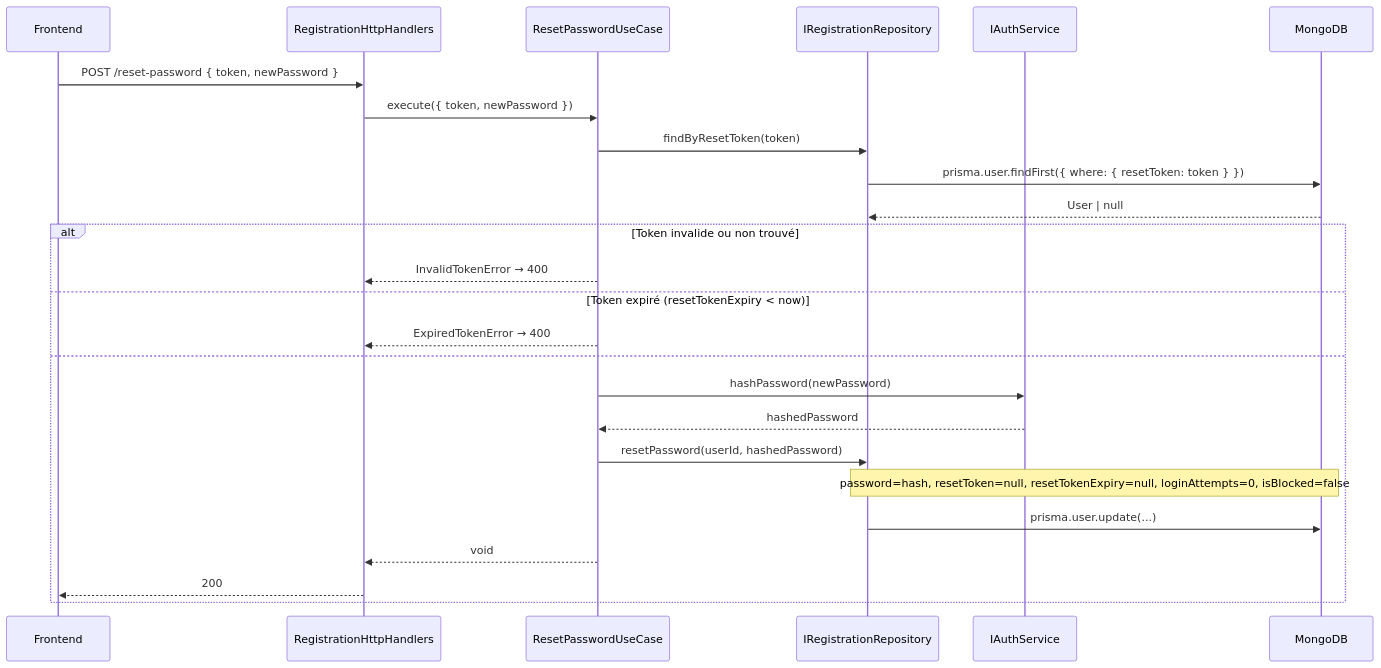
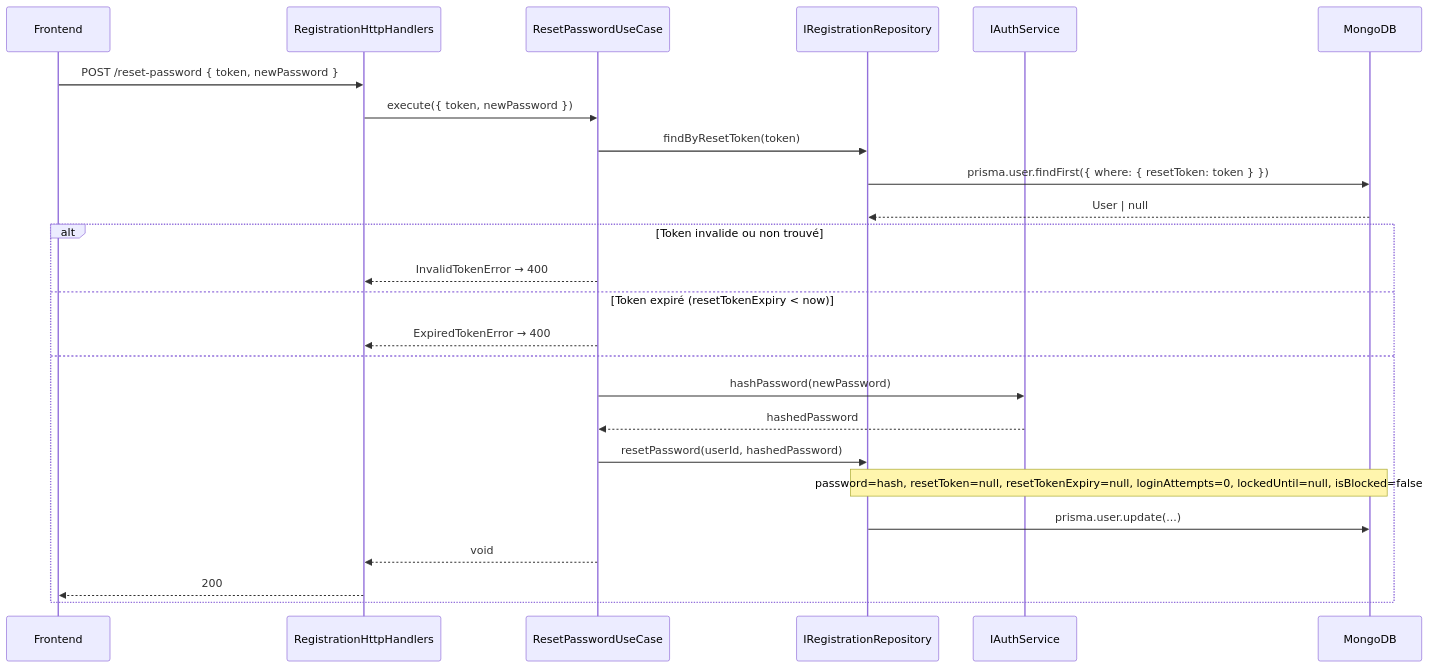
Before and after one commit to ptitdam2001/fullstack-application: the sixth of 9 diagrams in specifications/10-inscription-et-authentification.md, drawn with Mermaid. The commit also changed other lines of this file, not shown here.

First line of the commit message:
docs(spec): make login lockout temporary

````diff
--- a/specifications/10-inscription-et-authentification.md
+++ b/specifications/10-inscription-et-authentification.md
@@ -388,28 +392,28 @@
 ```mermaid
 sequenceDiagram
     participant FE as Frontend
     participant API as RegistrationHttpHandlers
     participant UC as ResetPasswordUseCase
     participant RegRepo as IRegistrationRepository
     participant AuthSvc as IAuthService
     participant DB as MongoDB
 
     FE->>API: POST /reset-password { token, newPassword }
     API->>UC: execute({ token, newPassword })
     UC->>RegRepo: findByResetToken(token)
     RegRepo->>DB: prisma.user.findFirst({ where: { resetToken: token } })
     DB-->>RegRepo: User | null
     alt Token invalide ou non trouvé
         UC-->>API: InvalidTokenError → 400
     else Token expiré (resetTokenExpiry < now)
         UC-->>API: ExpiredTokenError → 400
     else
         UC->>AuthSvc: hashPassword(newPassword)
         AuthSvc-->>UC: hashedPassword
         UC->>RegRepo: resetPassword(userId, hashedPassword)
-        Note over RegRepo,DB: password=hash, resetToken=null, resetTokenExpiry=null, loginAttempts=0, isBlocked=false
+        Note over RegRepo,DB: password=hash, resetToken=null, resetTokenExpiry=null, loginAttempts=0, lockedUntil=null, isBlocked=false
         RegRepo->>DB: prisma.user.update(...)
         UC-->>API: void
         API-->>FE: 200
     end
 ```
````
